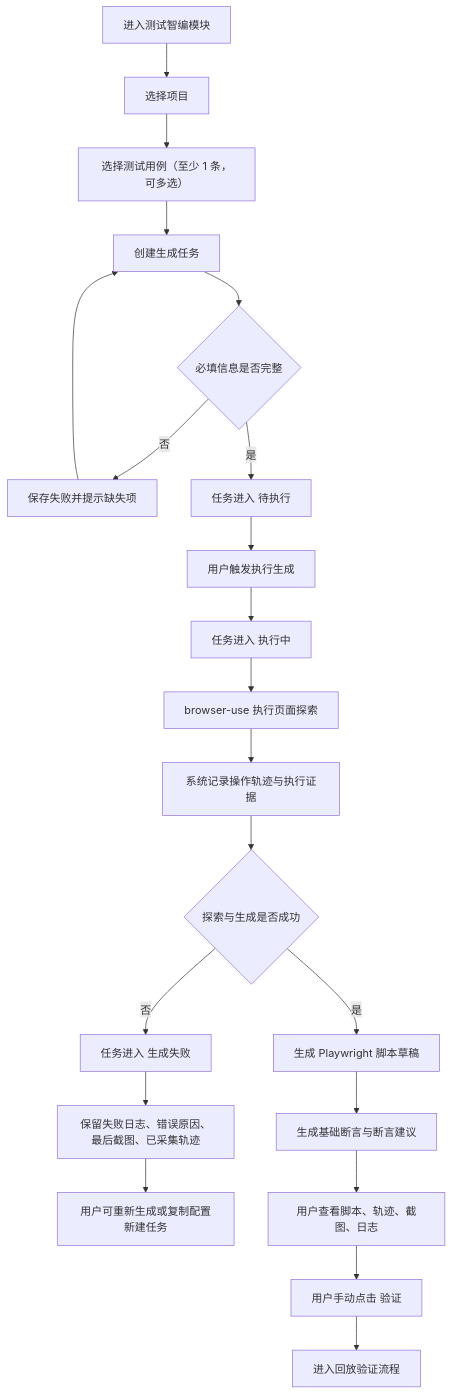
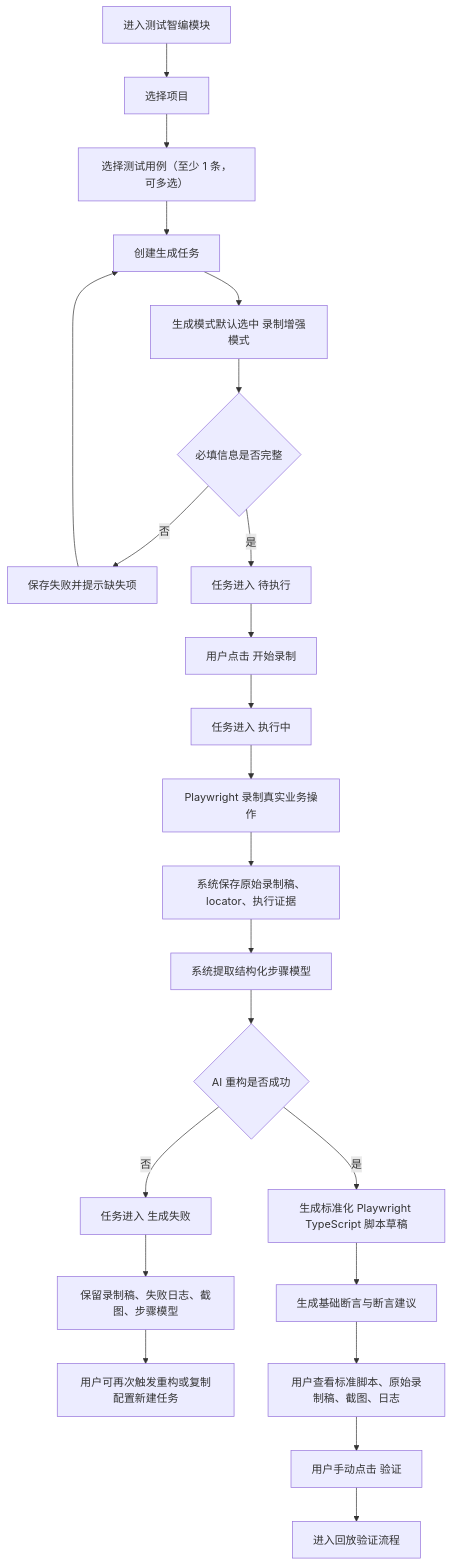
Before and after one commit to zuozuo0320/TestPilot: the first of 4 diagrams in docs/测试管理平台-测试智编模块业务逻辑流程图-20260328.md, drawn with Mermaid. The commit also changed other lines of this file and 27 other files, not shown here.

````diff
--- a/docs/测试管理平台-测试智编模块业务逻辑流程图-20260328.md
+++ b/docs/测试管理平台-测试智编模块业务逻辑流程图-20260328.md
@@ -18,23 +19,25 @@
 ```mermaid
 flowchart TD
     A["进入测试智编模块"] --> B["选择项目"]
     B --> C["选择测试用例（至少 1 条，可多选）"]
     C --> D["创建生成任务"]
-    D --> E{"必填信息是否完整"}
-    E -- "否" --> F["保存失败并提示缺失项"]
-    F --> D
-    E -- "是" --> G["任务进入 待执行"]
-    G --> H["用户触发执行生成"]
-    H --> I["任务进入 执行中"]
-    I --> J["browser-use 执行页面探索"]
-    J --> K["系统记录操作轨迹与执行证据"]
-    K --> L{"探索与生成是否成功"}
-    L -- "否" --> M["任务进入 生成失败"]
-    M --> N["保留失败日志、错误原因、最后截图、已采集轨迹"]
-    N --> O["用户可重新生成或复制配置新建任务"]
-    L -- "是" --> P["生成 Playwright 脚本草稿"]
-    P --> Q["生成基础断言与断言建议"]
-    Q --> R["用户查看脚本、轨迹、截图、日志"]
-    R --> S["用户手动点击 验证"]
-    S --> T["进入回放验证流程"]
+    D --> E["生成模式默认选中 录制增强模式"]
+    E --> F{"必填信息是否完整"}
+    F -- "否" --> G["保存失败并提示缺失项"]
+    G --> D
+    F -- "是" --> H["任务进入 待执行"]
+    H --> I["用户点击 开始录制"]
+    I --> J["任务进入 执行中"]
+    J --> K["Playwright 录制真实业务操作"]
+    K --> L["系统保存原始录制稿、locator、执行证据"]
+    L --> M["系统提取结构化步骤模型"]
+    M --> N{"AI 重构是否成功"}
+    N -- "否" --> O["任务进入 生成失败"]
+    O --> P["保留录制稿、失败日志、截图、步骤模型"]
+    P --> Q["用户可再次触发重构或复制配置新建任务"]
+    N -- "是" --> R["生成标准化 Playwright TypeScript 脚本草稿"]
+    R --> S["生成基础断言与断言建议"]
+    S --> T["用户查看标准脚本、原始录制稿、截图、日志"]
+    T --> U["用户手动点击 验证"]
+    U --> V["进入回放验证流程"]
 ```
````
